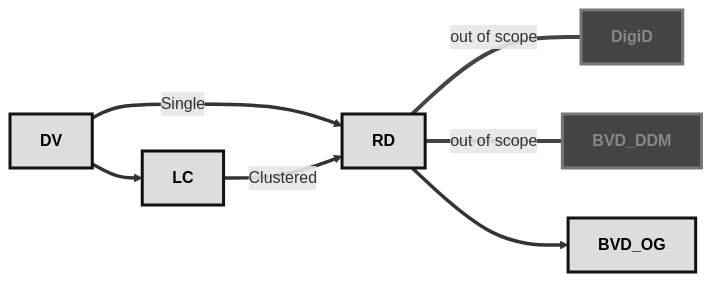
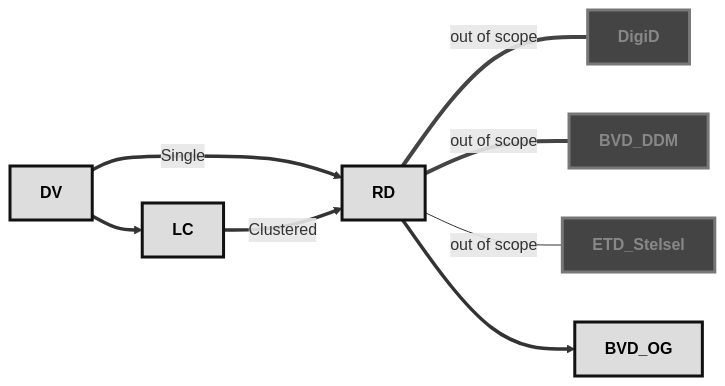
One commit to Logius-standaarden/st-saml-spec changed the diagram in media/stelsel-toegang-saml-1.mermaid. Above: the diagram before and after it, drawn with Mermaid. The commit also changed 7 other files, not shown here.

Commit message:
r1.15 + Sync ETD Stelsel

```diff
--- a/media/stelsel-toegang-saml-1.mermaid
+++ b/media/stelsel-toegang-saml-1.mermaid
@@ -1,13 +1,14 @@
 flowchart LR
   classDef InScope color:black,font-weight:bold,fill:#ddd,stroke-width:3px,stroke:#111;
   classDef OutScope color:#888,font-weight:bold,fill:#444,stroke-width:3px,stroke:#777;
 
   DV:::InScope ==> LC:::InScope
   DV:::InScope ==>|Single| RD:::InScope;
   LC:::InScope ==>|Clustered| RD:::InScope;
   RD ---|out of scope|DigiD:::OutScope;
   RD ---|out of scope|BVD_DDM:::OutScope;
+  RD ---|out of scope|ETD_Stelsel:::OutScope;
   RD:::InScope ==> BVD_OG:::InScope;
 
   linkStyle 3 stroke:#444444,stroke-width:4px,anything;
   linkStyle 4 stroke:#444444,stroke-width:4px,anything;
```
